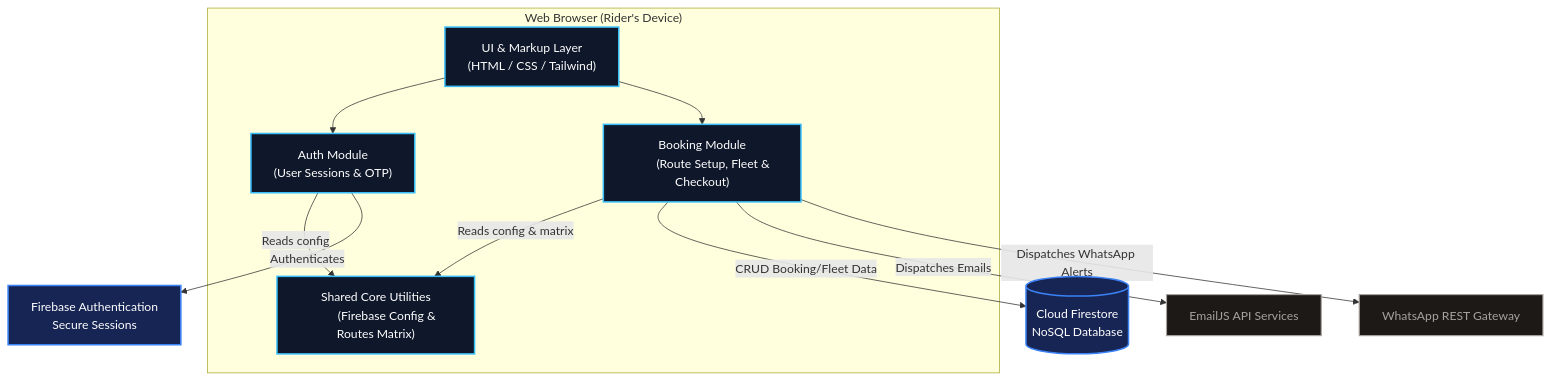
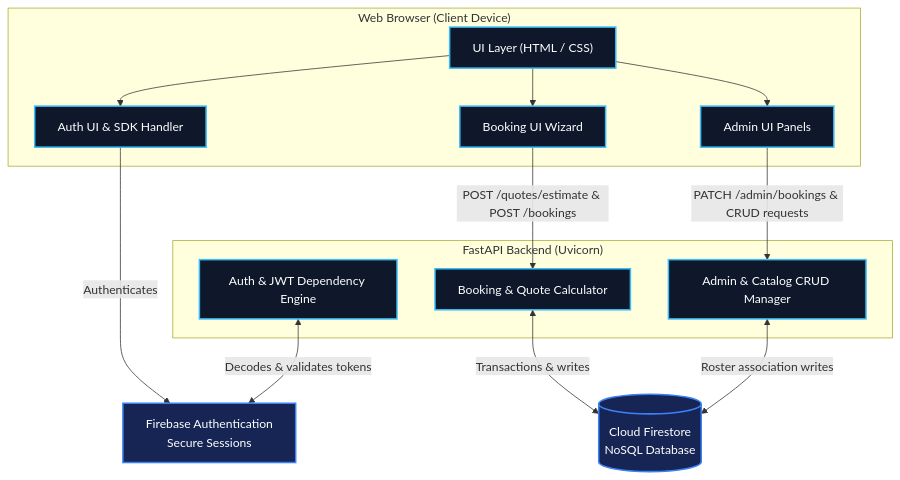
Before and after one commit to ishanm03/cab-website-cloud: the second of 5 diagrams in docs/application_design.md, drawn with Mermaid. The commit also changed other lines of this file, not shown here.

````diff
--- a/docs/application_design.md
+++ b/docs/application_design.md
@@ -65,43 +65,39 @@
 ```mermaid
 graph TB
     %% Styling
     classDef container fill:#0F172A,stroke:#38BDF8,stroke-width:2px,color:#fff;
     classDef cloud fill:#172554,stroke:#3B82F6,stroke-width:2px,color:#fff;
     classDef external fill:#1C1917,stroke:#A8A29E,stroke-width:1.5px,color:#A8A29E;
 
-    subgraph BrowserContainer ["Web Browser (Rider's Device)"]
-        UI["UI & Markup Layer
-        (HTML / CSS / Tailwind)"]:::container
-        
-        AuthMod["Auth Module
-        (User Sessions & OTP)"]:::container
-        
-        BookingMod["Booking Module
-        (Route Setup, Fleet & Checkout)"]:::container
-        
-        SharedMod["Shared Core Utilities
-        (Firebase Config & Routes Matrix)"]:::container
+    subgraph BrowserContainer ["Web Browser (Client Device)"]
+        UI["UI Layer (HTML / CSS)"]:::container
+        AuthMod["Auth UI & SDK Handler"]:::container
+        BookingMod["Booking UI Wizard"]:::container
+        AdminMod["Admin UI Panels"]:::container
+    end
+
+    subgraph BackendContainer ["FastAPI Backend (Uvicorn)"]
+        RouterAuth["Auth & JWT Dependency Engine"]:::container
+        RouterBooking["Booking & Quote Calculator"]:::container
+        RouterAdmin["Admin & Catalog CRUD Manager"]:::container
     end
 
     Firestore[("Cloud Firestore
     NoSQL Database")]:::cloud
     
     FBAuth["Firebase Authentication
     Secure Sessions"]:::cloud
-    
-    EmailService["EmailJS API Services"]:::external
-    WAService["WhatsApp REST Gateway"]:::external
 
     %% Connectors
     UI --> AuthMod
     UI --> BookingMod
-    
-    AuthMod -->|"Reads config"| SharedMod
-    BookingMod -->|"Reads config & matrix"| SharedMod
+    UI --> AdminMod
     
     AuthMod -->|"Authenticates"| FBAuth
-    BookingMod -->|"CRUD Booking/Fleet Data"| Firestore
+    BookingMod -->|"POST /quotes/estimate & POST /bookings"| RouterBooking
+    AdminMod -->|"PATCH /admin/bookings & CRUD requests"| RouterAdmin
     
-    BookingMod -->|"Dispatches Emails"| EmailService
-    BookingMod -->|"Dispatches WhatsApp Alerts"| WAService
+    RouterAuth <-->|"Decodes & validates tokens"| FBAuth
+    RouterBooking <-->|"Transactions & writes"| Firestore
+    RouterAdmin <-->|"Roster association writes"| Firestore
 ```
````
